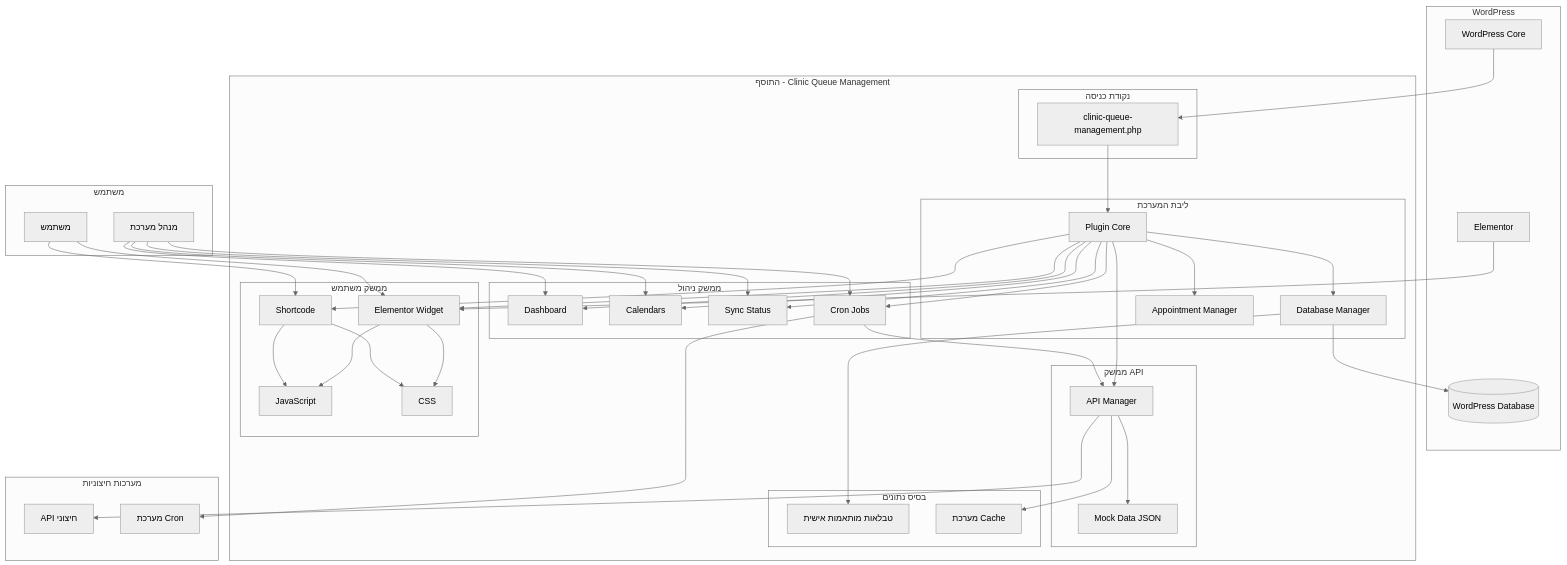
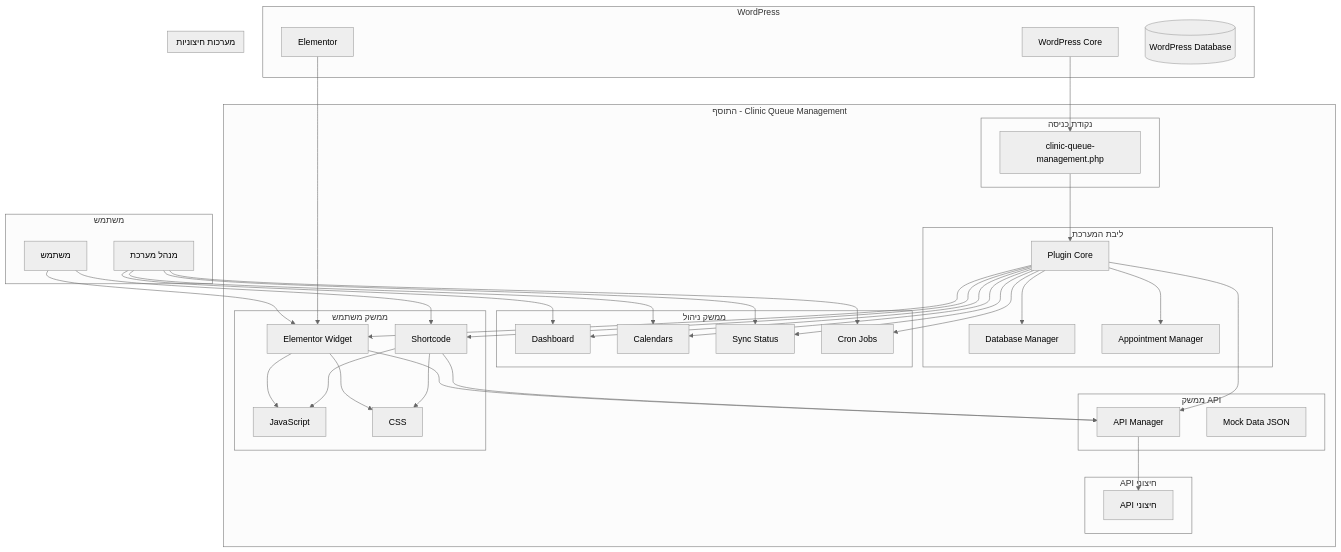
The first of 8 diagrams in docs/FLOW_DIAGRAM.md (OrielBenMoshe/clinic-queue-management), drawn with Mermaid (neutral theme) before and after one commit. The commit also changed other lines of this file and 78 other files, not shown here.

````diff
--- a/docs/FLOW_DIAGRAM.md
+++ b/docs/FLOW_DIAGRAM.md
@@ -45,15 +45,13 @@
             CSS[CSS]
         end
         
-        subgraph "בסיס נתונים"
-            TABLES[טבלאות מותאמות אישית]
-            CACHE[מערכת Cache]
+        subgraph "API חיצוני"
+            EXT_API[API חיצוני]
         end
     end
     
     subgraph "מערכות חיצוניות"
         EXT_API[API חיצוני]
-        CRON_SYS[מערכת Cron]
     end
     
     %% חיבורים
@@ -78,18 +76,13 @@
     CORE --> WIDGET
     CORE --> SHORT
     
-    API --> MOCK
     API --> EXT_API
-    API --> CACHE
-    
-    DB_MGR --> TABLES
-    DB_MGR --> DB
     
     WIDGET --> JS
     WIDGET --> CSS
     SHORT --> JS
     SHORT --> CSS
     
-    CRON --> CRON_SYS
-    CRON --> API
+    WIDGET --> API
+    SHORT --> API
 ```
````
